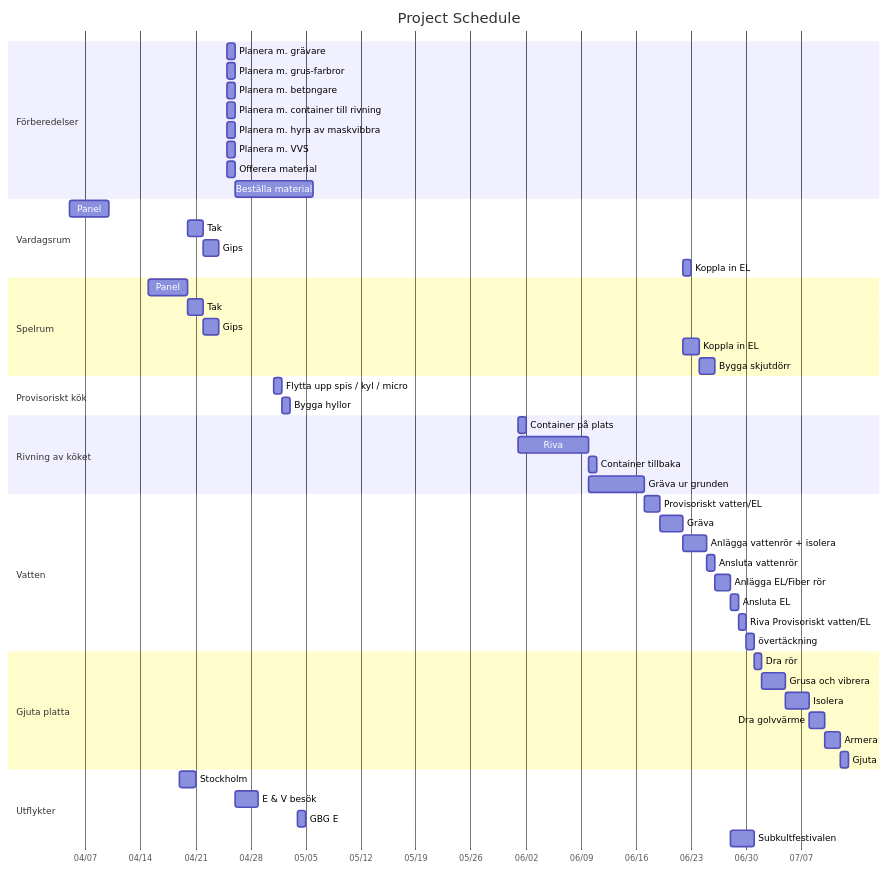
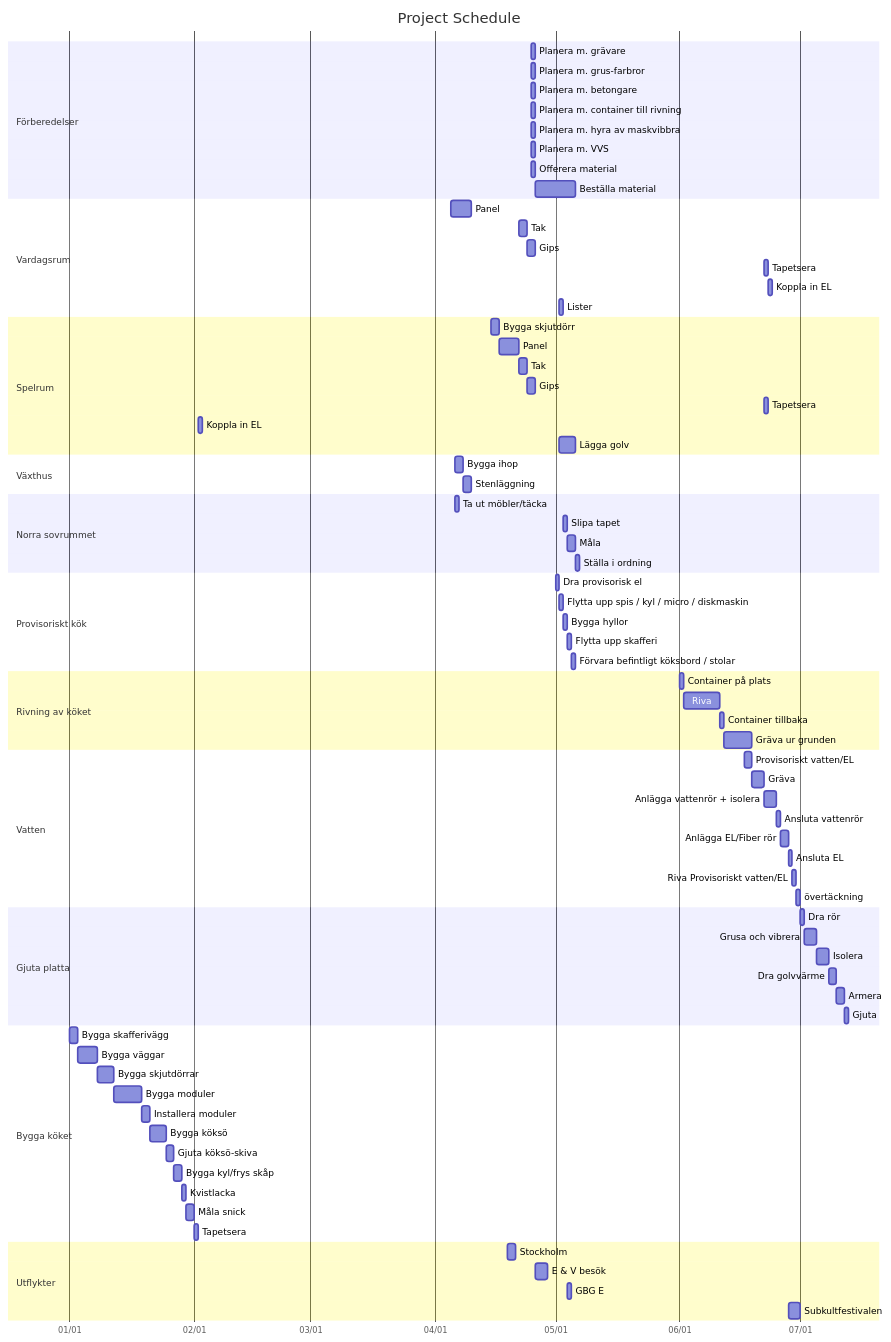
One commit to masv3971/k-ksrenovering changed the diagram in schema.md. Above: the diagram before and after it, drawn with Mermaid.

Commit message:
Add planning.

```diff
--- a/schema.md
+++ b/schema.md
@@ -19,30 +19,49 @@
         section EL-central
 
         section Vardagsrum
-        Panel : p, 2024-04-05, 5d
-        Tak : t, after p, 2d
-        Gips : g, after t, 2d
-        Koppla in EL : el, after g, 1d
+        Panel           : p,        2024-04-05,     5d
+        Tak             : t,        after p,        2d
+        Gips            : g,        after t,        2d
+        Tapetsera       : tapet,    after g,        1d
+        Koppla in EL    : el,       after tapet,    1d
+        Lister          : lister,   after el,       1d
+
 
         section Spelrum
-        Panel : p, 2024-04-15, 5d
-        Tak : t, after p, 2d
-        Gips : g, after t, 2d
-        Koppla in EL : el, after g, 2d
-        Bygga skjutdörr : door, after el, 2d
+        Bygga skjutdörr : door,     2024-04-15,     2d
+        Panel           : p,        after door,     5d
+        Tak             : t,        after p,        2d
+        Gips            : g,        after t,        2d
+        Tapetsera       : tap,      after g,        1d
+        Koppla in EL    : el,       after tap,      1d
+        Lägga golv      : floor,    after el,       4d
+
 
         section Växthus
+        Bygga ihop      : b,        2024-04-06,     2d
+        Stenläggning    : sten,     after b,        2d
+
+
+        section Norra sovrummet
+        Ta ut möbler/täcka  :   f,      2024-04-06,     1d
+        Slipa tapet         :   s,      after f,        1d
+        Måla                :   m,      after s,        2d
+        Ställa i ordning    :  sio,     after m,        1d
+
 
         section Provisoriskt kök
-        Flytta upp spis / kyl / micro : f, 2024-05-01, 1d
-        Bygga hyllor : h, after f, 1d
+        Dra provisorisk el                          : el,   2024-05-01, 1d
+        Flytta upp spis / kyl / micro / diskmaskin  : f,    after el,   1d
+        Bygga hyllor                                : h,    after f,    1d
+        Flytta upp skafferi                         : sk,   after h,    1d
+        Förvara befintligt köksbord / stolar        : for,  after sk,   1d
 
 
         section Rivning av köket
-        Container på plats : 2024-06-01, 1d
-        Riva : 2024-06-01, 9d
-        Container tillbaka : 2024-06-10, 1d
-        Gräva ur grunden : 2024-06-10, 7d
+        Container på plats  :   c-1,        2024-06-01, 1d
+        Riva                :   riva,       after c-1,  9d
+        Container tillbaka  :   c-0,        after riva, 1d
+        Gräva ur grunden :      gr,         after c-0,  7d
         
         section Vatten
         Provisoriskt vatten/EL      : p-el,             2024-06-17,             2d
@@ -54,6 +73,7 @@
         Riva Provisoriskt vatten/EL : riv-el-vatten,    after ans-el,           1d
         övertäckning                : over,             after riv-el-vatten,    1d
 
+
         section Gjuta platta
         Dra rör : 2024-07-01, 1d
         Grusa och vibrera : 2024-07-02, 3d
@@ -61,6 +81,20 @@
         Dra golvvärme : 2024-07-08, 2d
         Armera : 2024-07-10, 2d
         Gjuta : 2024-07-12, 1d
+
+
+        section Bygga köket
+        Bygga skafferivägg  :   ska-wall,   2024-01-01,         2d
+        Bygga väggar        :   walls,      after ska-wall,     5d
+        Bygga skjutdörrar   :   sliding,    after walls,        4d
+        Bygga moduler       :   modul,      after sliding,      7d
+        Installera moduler  :   inst-modul, after modul,        2d
+        Bygga köksö         :   island,     after inst-modul,   4d
+        Gjuta köksö-skiva   :   island-p,   after island,       2d
+        Bygga kyl/frys skåp :   k-f,        after island-p,     2d
+        Kvistlacka          :   lacka,      after k-f,          1d 
+        Måla snick          :   paint,      after lacka,        2d
+        Tapetsera           :   tap,        after paint,        1d
 
 
         section Utflykter
```
